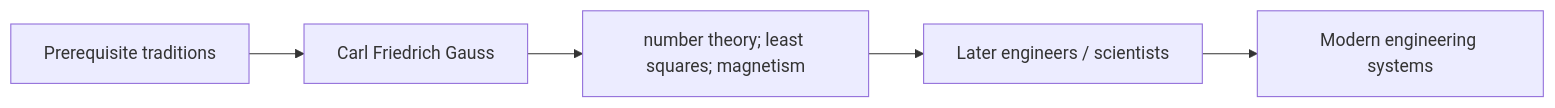
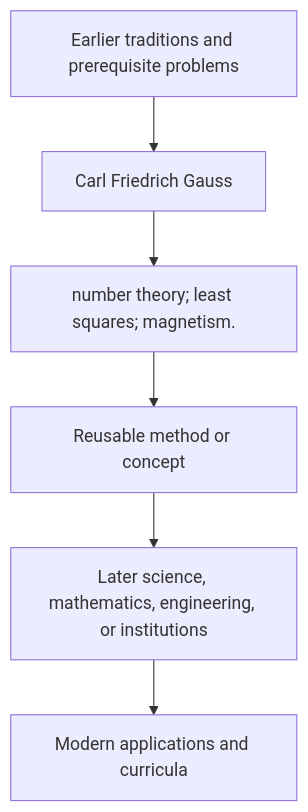
The diagram in docs/history/carl-friedrich-gauss/influence.md (via-decide/ViaLogic), drawn with Mermaid before and after one commit. The commit also changed other lines of this file and 858 other files, not shown here.

````diff
--- a/docs/history/carl-friedrich-gauss/influence.md
+++ b/docs/history/carl-friedrich-gauss/influence.md
@@ -29,7 +16,8 @@
 ```mermaid
-graph LR
-  prerequisites["Prerequisite traditions"] --> current["Carl Friedrich Gauss"]
-  current --> contribution["number theory; least squares; magnetism"]
-  contribution --> successors["Later engineers / scientists"]
-  successors --> modern["Modern engineering systems"]
+graph TD
+  Prior[Earlier traditions and prerequisite problems] --> Person[Carl Friedrich Gauss]
+  Person --> Contribution[number theory; least squares; magnetism.]
+  Contribution --> Method[Reusable method or concept]
+  Method --> Later[Later science, mathematics, engineering, or institutions]
+  Later --> Modern[Modern applications and curricula]
 ```
````
